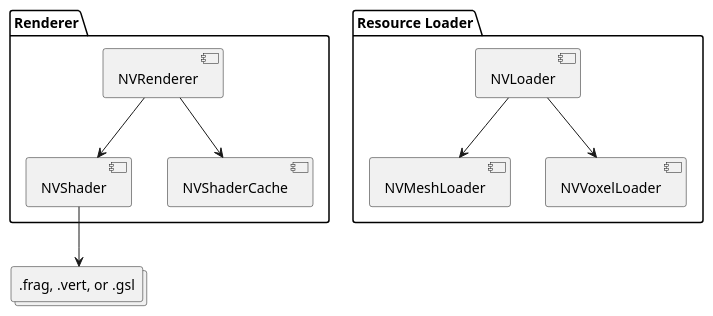
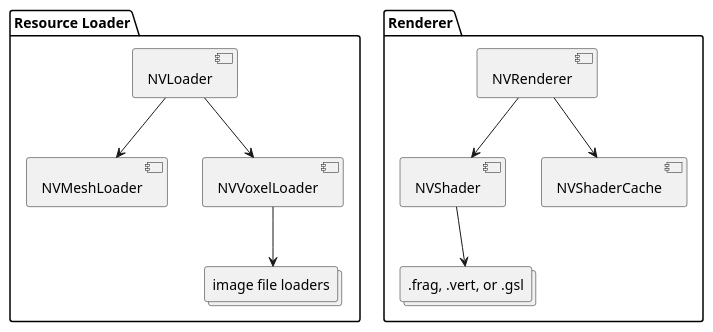
One commit to cdrake/nifti-viewer-ts changed the diagram in uml/architecture.puml. Above: the diagram before and after it, drawn with PlantUML. The commit also changed 3 other files, not shown here.

```diff
--- a/uml/architecture.puml
+++ b/uml/architecture.puml
@@ -1,18 +1,17 @@
 @startuml Architecture
 
 package "Resource Loader" {
+    collections "image file loaders" as FileLoaders
     [NVLoader] --> [NVMeshLoader]
     [NVLoader] --> [NVVoxelLoader]
+    [NVVoxelLoader] --> FileLoaders
 }
 
-
 package "Renderer" {
+    collections ".frag, .vert, or .gsl" as ShaderFiles
     [NVRenderer] --> [NVShader]
     [NVRenderer] --> [NVShaderCache]
+    [NVShader] --> ShaderFiles
 }
 
-collections ".frag, .vert, or .gsl" as ShaderFiles
-
-[NVShader] --> ShaderFiles
-
 @enduml
```
